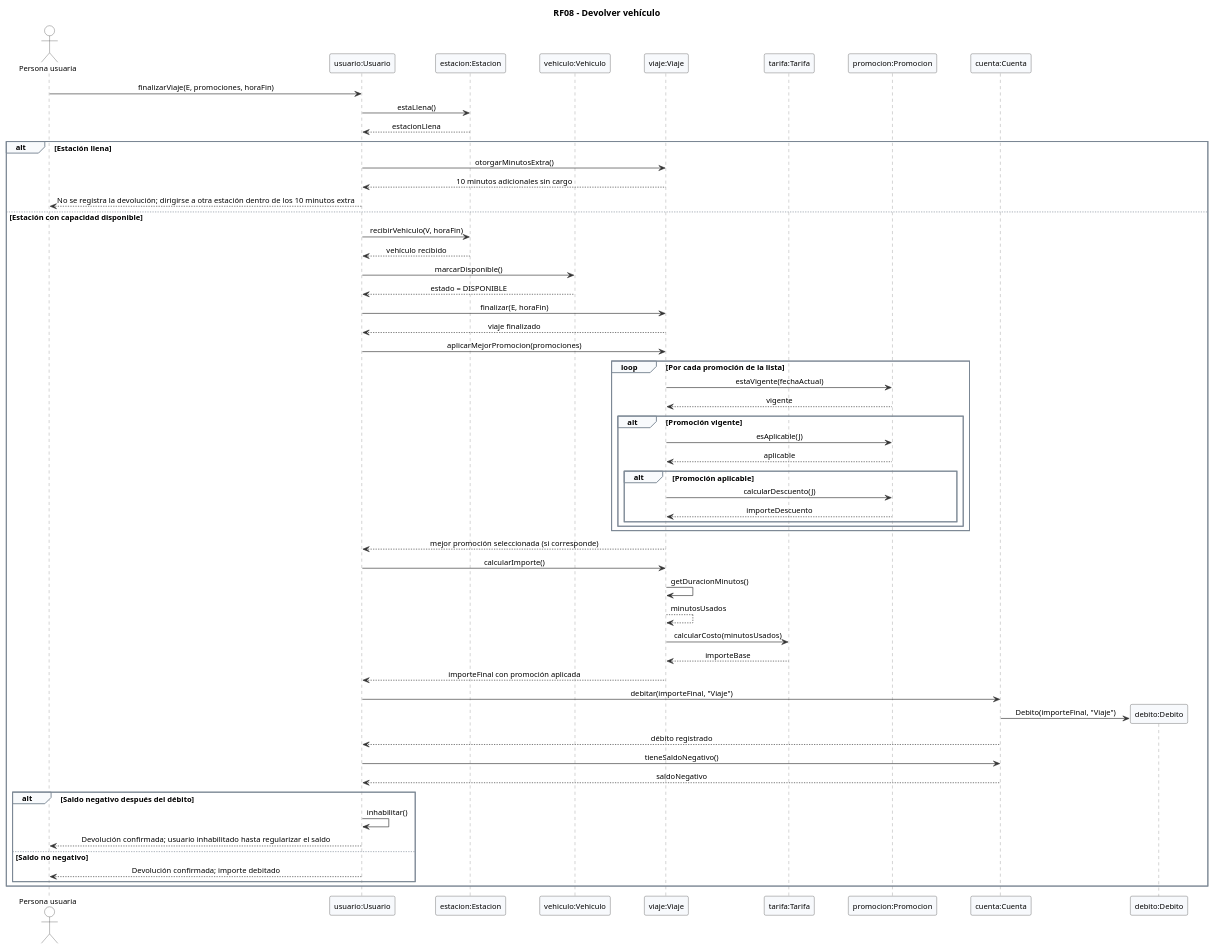
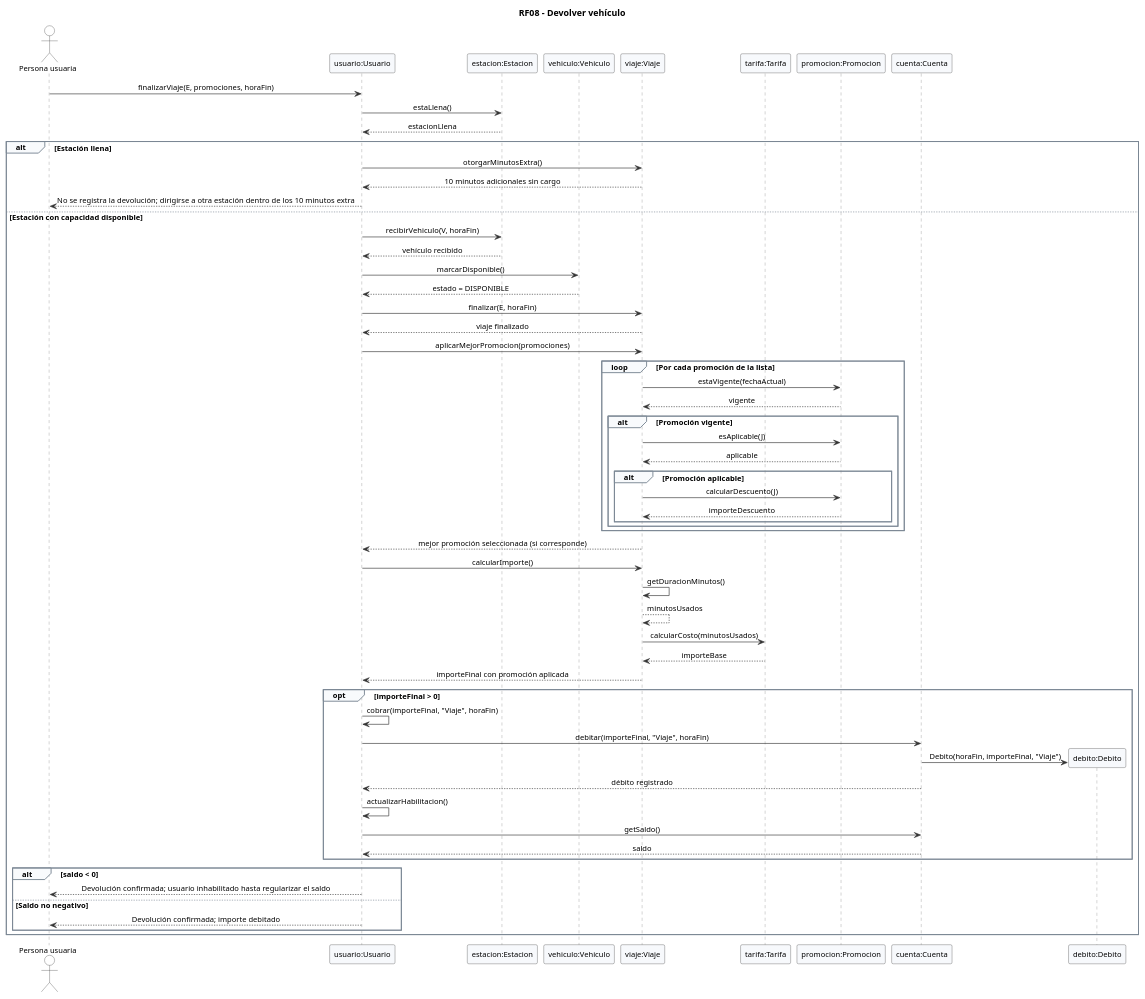
One commit to Muller-Agustin/Sistema-de-movilidad-compartida changed the diagram in docs/uml/Diagrama de Secuencia 2.puml. Above: the diagram before and after it, drawn with PlantUML. The commit also changed 21 other files, not shown here.

Commit message:
Pasar los diagramas a SVG para la exposición

```diff
--- a/docs/uml/Diagrama de Secuencia 2.puml
+++ b/docs/uml/Diagrama de Secuencia 2.puml
@@ -1,84 +1,86 @@
 @startuml RF08_Devolver_Vehiculo
 skinparam shadowing false
 skinparam defaultFontName Arial
 skinparam defaultFontSize 12
 skinparam sequenceMessageAlign center
 skinparam responseMessageBelowArrow true
-skinparam ParticipantPadding 22
 skinparam BoxPadding 10
 skinparam sequence {
   ArrowColor #333333
   LifeLineBorderColor #777777
   LifeLineBackgroundColor #FFFFFF
   ParticipantBorderColor #333333
   ParticipantBackgroundColor #F7F9FC
   ActorBorderColor #333333
   ActorBackgroundColor #FFFFFF
   GroupBorderColor #7B8794
   GroupBackgroundColor #F8FAFC
 }
 
 title RF08 - Devolver vehículo
 
 actor "Persona usuaria" as A
 participant "usuario:Usuario" as U
 participant "estacion:Estacion" as E
 participant "vehiculo:Vehiculo" as V
 participant "viaje:Viaje" as J
 participant "tarifa:Tarifa" as T
 participant "promocion:Promocion" as P
 participant "cuenta:Cuenta" as C
 
 A -> U: finalizarViaje(E, promociones, horaFin)
 U -> E: estaLlena()
 E --> U: estacionLlena
 
 alt Estación llena
   U -> J: otorgarMinutosExtra()
   J --> U: 10 minutos adicionales sin cargo
   U --> A: No se registra la devolución; dirigirse a otra estación dentro de los 10 minutos extra
 else Estación con capacidad disponible
   U -> E: recibirVehiculo(V, horaFin)
   E --> U: vehículo recibido
   U -> V: marcarDisponible()
   V --> U: estado = DISPONIBLE
   U -> J: finalizar(E, horaFin)
   J --> U: viaje finalizado
 
   U -> J: aplicarMejorPromocion(promociones)
   loop Por cada promoción de la lista
     J -> P: estaVigente(fechaActual)
     P --> J: vigente
     alt Promoción vigente
       J -> P: esAplicable(J)
       P --> J: aplicable
       alt Promoción aplicable
         J -> P: calcularDescuento(J)
         P --> J: importeDescuento
       end
     end
   end
   J --> U: mejor promoción seleccionada (si corresponde)
 
   U -> J: calcularImporte()
   J -> J: getDuracionMinutos()
   J --> J: minutosUsados
   J -> T: calcularCosto(minutosUsados)
   T --> J: importeBase
   J --> U: importeFinal con promoción aplicada
 
-  U -> C: debitar(importeFinal, "Viaje")
-  create participant "debito:Debito" as D
-  C -> D: Debito(importeFinal, "Viaje")
-  C --> U: débito registrado
-  U -> C: tieneSaldoNegativo()
-  C --> U: saldoNegativo
-  alt Saldo negativo después del débito
-    U -> U: inhabilitar()
+  opt importeFinal > 0
+    U -> U: cobrar(importeFinal, "Viaje", horaFin)
+    U -> C: debitar(importeFinal, "Viaje", horaFin)
+    create participant "debito:Debito" as D
+    C -> D: Debito(horaFin, importeFinal, "Viaje")
+    C --> U: débito registrado
+    U -> U: actualizarHabilitacion()
+    U -> C: getSaldo()
+    C --> U: saldo
+  end
+  alt saldo < 0
     U --> A: Devolución confirmada; usuario inhabilitado hasta regularizar el saldo
   else Saldo no negativo
     U --> A: Devolución confirmada; importe debitado
   end
 end
 
 @enduml
```
